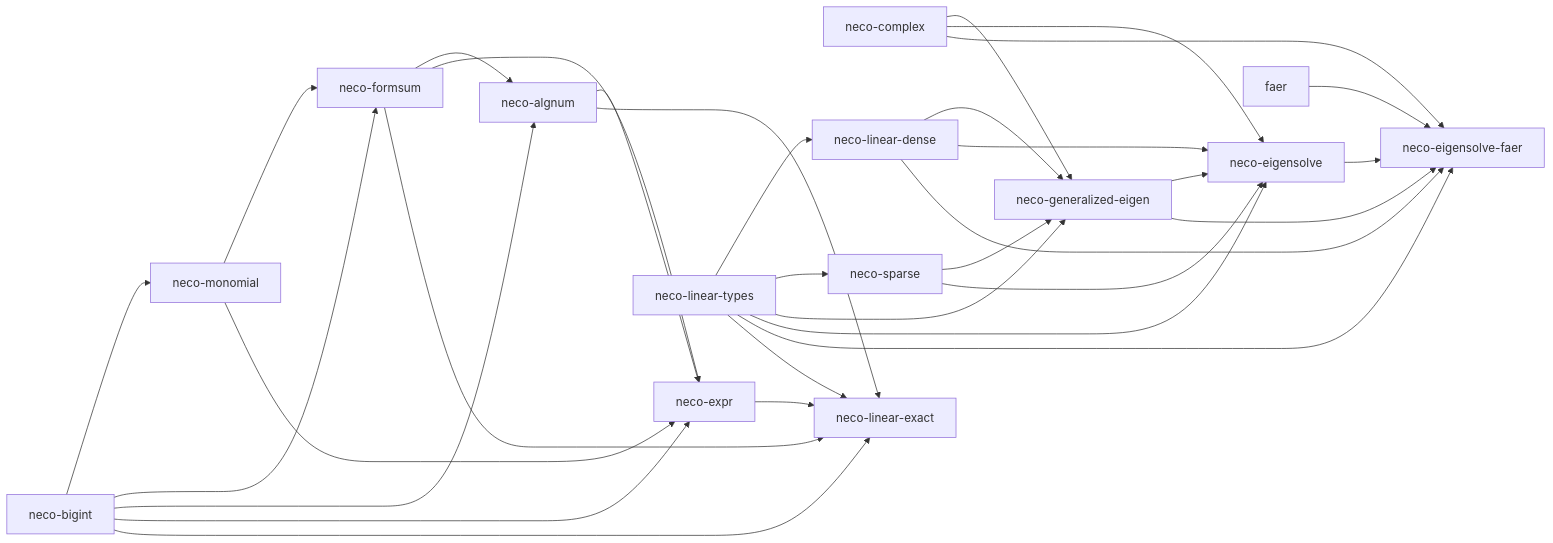
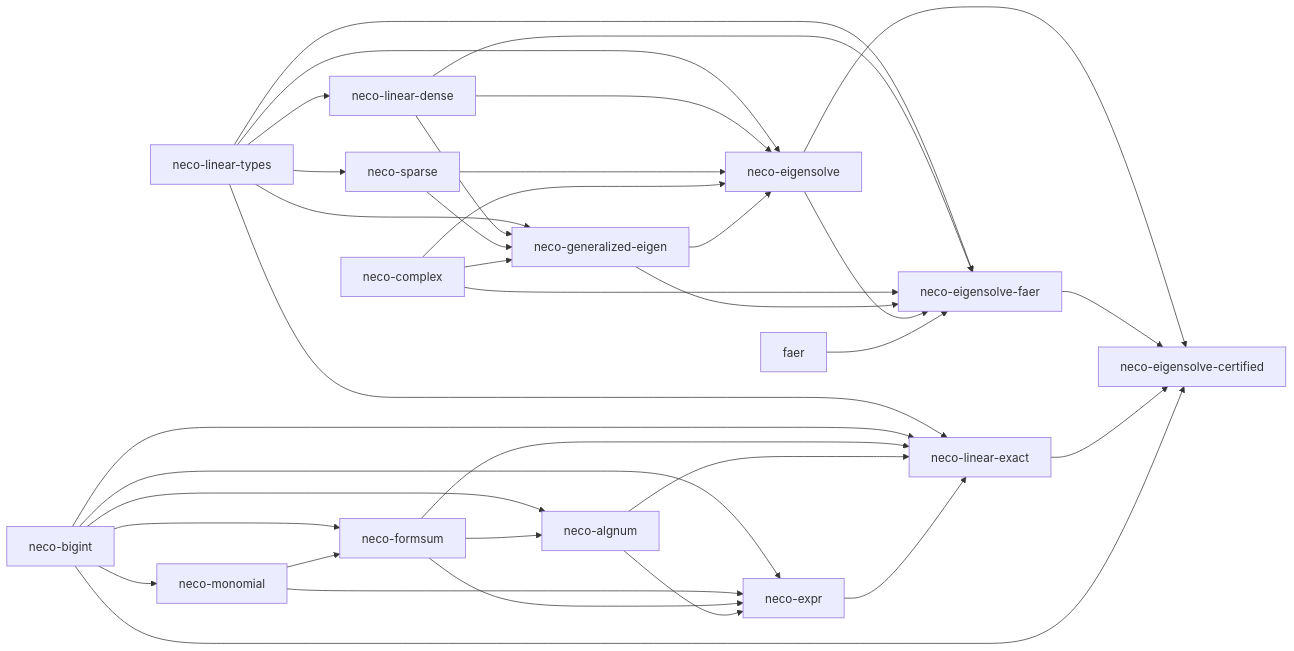
Before and after one commit to barineco/neco-algebra: the diagram in README-ja.md, drawn with Mermaid. The commit also changed other lines of this file and 162 other files, not shown here.

````diff
--- a/README-ja.md
+++ b/README-ja.md
@@ -19,50 +19,55 @@
 ```mermaid
 flowchart LR
     bigint["neco-bigint"]
     monomial["neco-monomial"]
     formsum["neco-formsum"]
     algnum["neco-algnum"]
     expr["neco-expr"]
     complex["neco-complex"]
     linear_types["neco-linear-types"]
     linear_dense["neco-linear-dense"]
     sparse["neco-sparse"]
     generalized_eigen["neco-generalized-eigen"]
     eigensolve["neco-eigensolve"]
     eigensolve_faer["neco-eigensolve-faer"]
+    eigensolve_certified["neco-eigensolve-certified"]
     linear_exact["neco-linear-exact"]
     faer["faer"]
 
     bigint --> monomial
     bigint --> formsum
     monomial --> formsum
     bigint --> algnum
     formsum --> algnum
     bigint --> expr
     monomial --> expr
     formsum --> expr
     algnum --> expr
 
     linear_types --> linear_dense
     linear_types --> sparse
     linear_types --> generalized_eigen
     linear_dense --> generalized_eigen
     sparse --> generalized_eigen
     complex --> generalized_eigen
     linear_types --> eigensolve
     linear_dense --> eigensolve
     sparse --> eigensolve
     complex --> eigensolve
     generalized_eigen --> eigensolve
     linear_types --> eigensolve_faer
     linear_dense --> eigensolve_faer
     complex --> eigensolve_faer
     generalized_eigen --> eigensolve_faer
     eigensolve --> eigensolve_faer
+    eigensolve --> eigensolve_certified
+    eigensolve_faer --> eigensolve_certified
+    linear_exact --> eigensolve_certified
+    bigint --> eigensolve_certified
     linear_types --> linear_exact
     bigint --> linear_exact
     formsum --> linear_exact
     algnum --> linear_exact
     expr --> linear_exact
     faer --> eigensolve_faer
 ```
````
